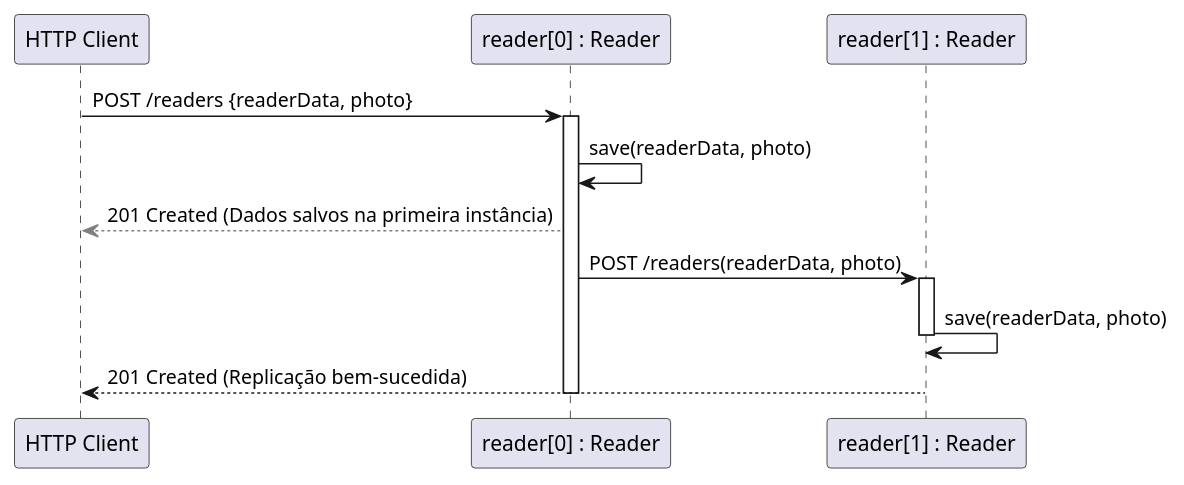
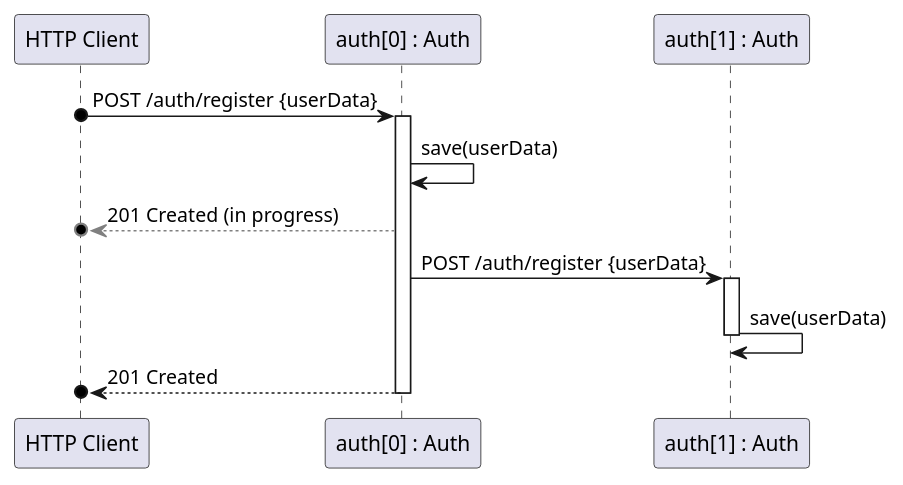
Before and after one commit to Guiigou/SIDIS_2024: the diagram in LibraryAPI/docs/Vista de processos/Nivel2_Comunicacao_1_Microservico.puml, drawn with PlantUML. The commit also changed 1 other file, not shown here.

Commit message:
Update à Vista de Processo nivel 2 de comunicação de apenas 1 microserviço e desenvolvimento de Vista de Processo nivel 2 com comunicação entre 2 microserviços.

```diff
--- a/LibraryAPI/docs/Vista de processos/Nivel2_Comunicacao_1_Microservico.puml
+++ b/LibraryAPI/docs/Vista de processos/Nivel2_Comunicacao_1_Microservico.puml
@@ -1,27 +1,27 @@
 @startuml
 ' Definindo os participantes
 participant "HTTP Client" as client
-participant "reader[0] : Reader" as reader0
-participant "reader[1] : Reader" as reader1
+participant "auth[0] : Auth" as auth0
+participant "auth[1] : Auth" as auth1
 
-client -> reader0: POST /readers {readerData, photo}
-activate reader0
+' O cliente faz uma requisição para registrar um novo usuário
+client o-> auth0: POST /auth/register {userData}
+activate auth0
 
-' Reader 0 salva os dados
-reader0 -> reader0: save(readerData, photo)
+' Auth0 salva os dados do usuário
+auth0 -> auth0: save(userData)
 
-' Resposta inicial ao cliente (tracejada, pois o processo ainda está em andamento)
-reader0 -[#gray,dashed]-> client: 201 Created (Dados salvos na primeira instância)
+' Responder ao cliente que o registro foi recebido, mas ainda não replicado
+auth0 -[#gray,dashed]->o client: 201 Created (in progress)
 
-' Replicação dos dados para a outra instância (espelhamento)
-reader0 -> reader1: POST /readers(readerData, photo)
-activate reader1
-reader1 -> reader1: save(readerData, photo)
-deactivate reader1
+' Replicando dados para a outra instância (espelhamento)
+auth0 -> auth1: POST /auth/register {userData}
+activate auth1
+auth1 -> auth1: save(userData)
+deactivate auth1
 
-' Reader 1 envia a resposta final ao cliente indicando que a replicação foi bem-sucedida
-reader1 --> client: 201 Created (Replicação bem-sucedida)
-
-deactivate reader0
+' Responder ao cliente com sucesso final após a replicação
+auth0 -->o client: 201 Created
+deactivate auth0
 
 @enduml
```
